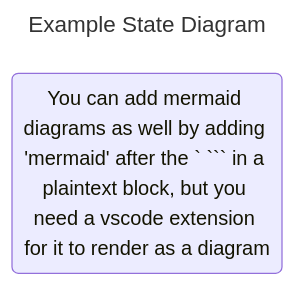
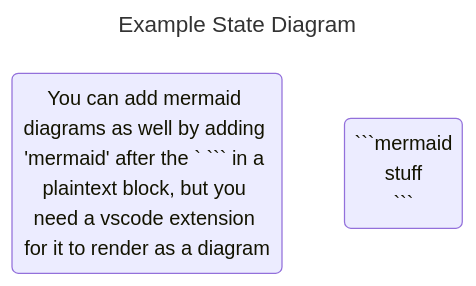
One commit to Tino-FRC-2473/Training-Git-Practical-2025 changed the diagram in logs/MDFormattingGuide.md. Above: the diagram before and after it, drawn with Mermaid. The commit also changed other lines of this file, not shown here.

````diff
--- a/logs/MDFormattingGuide.md
+++ b/logs/MDFormattingGuide.md
@@ -72,7 +73,8 @@
 ```mermaid
 ---
 title: Example State Diagram
 ---
 stateDiagram-v2
 state "You can add mermaid diagrams as well by adding 'mermaid' after the ` ``` in a plaintext block, but you need a vscode extension for it to render as a diagram" as EXAMPLE
+E.X.: \`\`\`mermaid<br>stuff<br>\`\`\`
 ```
````
